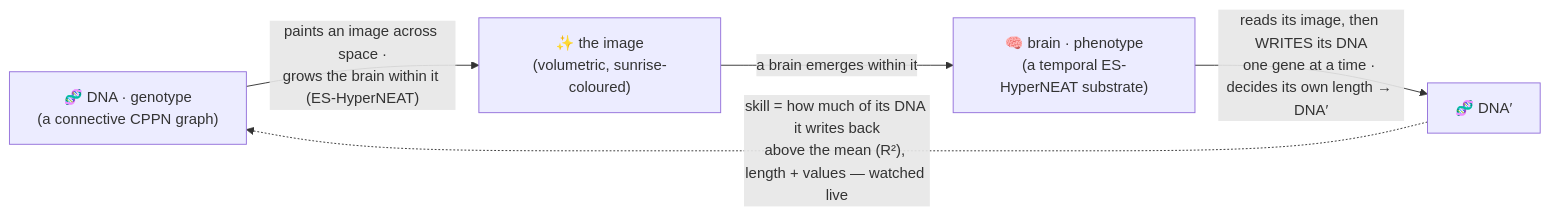
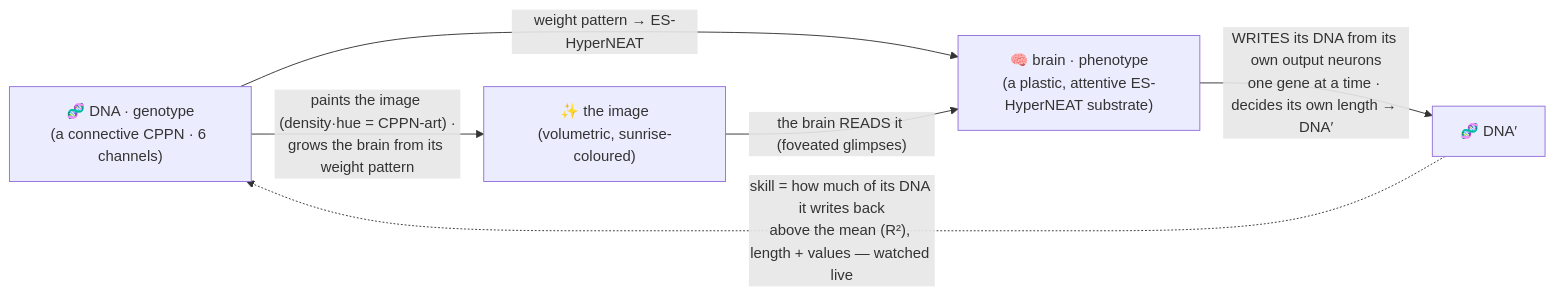
The first of 3 diagrams in VISION.md (admiralakber/autograph), drawn with Mermaid before and after one commit. The commit also changed other lines of this file, not shown here.

First line of the commit message:
docs(v9): reconcile VISION to the clean architecture

````diff
--- a/VISION.md
+++ b/VISION.md
@@ -24,7 +24,8 @@
 ```mermaid
 flowchart LR
-  DNA["🧬 DNA · genotype<br/>(a connective CPPN graph)"] -->|"paints an image across space ·<br/>grows the brain within it (ES-HyperNEAT)"| ART["✨ the image<br/>(volumetric, sunrise-coloured)"]
-  ART -->|"a brain emerges within it"| PHENO["🧠 brain · phenotype<br/>(a temporal ES-HyperNEAT substrate)"]
-  PHENO -->|"reads its image, then WRITES its DNA<br/>one gene at a time · decides its own length → DNA′"| DNA2["🧬 DNA′"]
+  DNA["🧬 DNA · genotype<br/>(a connective CPPN · 6 channels)"] -->|"paints the image (density·hue = CPPN-art) ·<br/>grows the brain from its weight pattern"| ART["✨ the image<br/>(volumetric, sunrise-coloured)"]
+  DNA -->|"weight pattern → ES-HyperNEAT"| PHENO["🧠 brain · phenotype<br/>(a plastic, attentive ES-HyperNEAT substrate)"]
+  ART -->|"the brain READS it (foveated glimpses)"| PHENO
+  PHENO -->|"WRITES its DNA from its own output neurons<br/>one gene at a time · decides its own length → DNA′"| DNA2["🧬 DNA′"]
   DNA2 -. "skill = how much of its DNA it writes back<br/>above the mean (R²), length + values — watched live" .-> DNA
 ```
````
